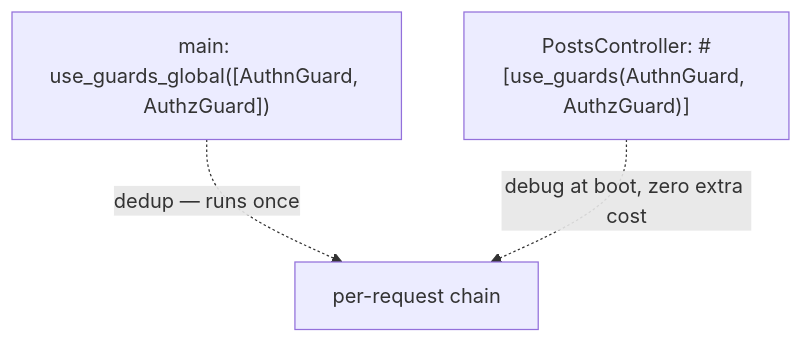
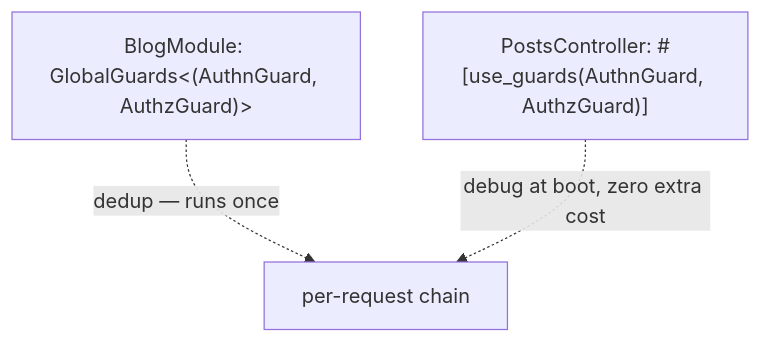
The third of 3 diagrams in docs/src/content/docs/fundamentals/guards.mdx (YV17labs/NestRS), drawn with Mermaid before and after one commit. The commit also changed other lines of this file and 21 other files, not shown here.

````diff
--- a/docs/src/content/docs/fundamentals/guards.mdx
+++ b/docs/src/content/docs/fundamentals/guards.mdx
@@ -597,7 +608,7 @@
 ```mermaid
 flowchart TB
-  MAIN["main: use_guards_global([AuthnGuard, AuthzGuard])"]
+  MAIN["BlogModule: GlobalGuards<(AuthnGuard, AuthzGuard)>"]
   PC["PostsController: #[use_guards(AuthnGuard, AuthzGuard)]"]
   MAIN -. "dedup — runs once" .-> RUN[per-request chain]
   PC -. "debug at boot, zero extra cost" .-> RUN
 ```
````
